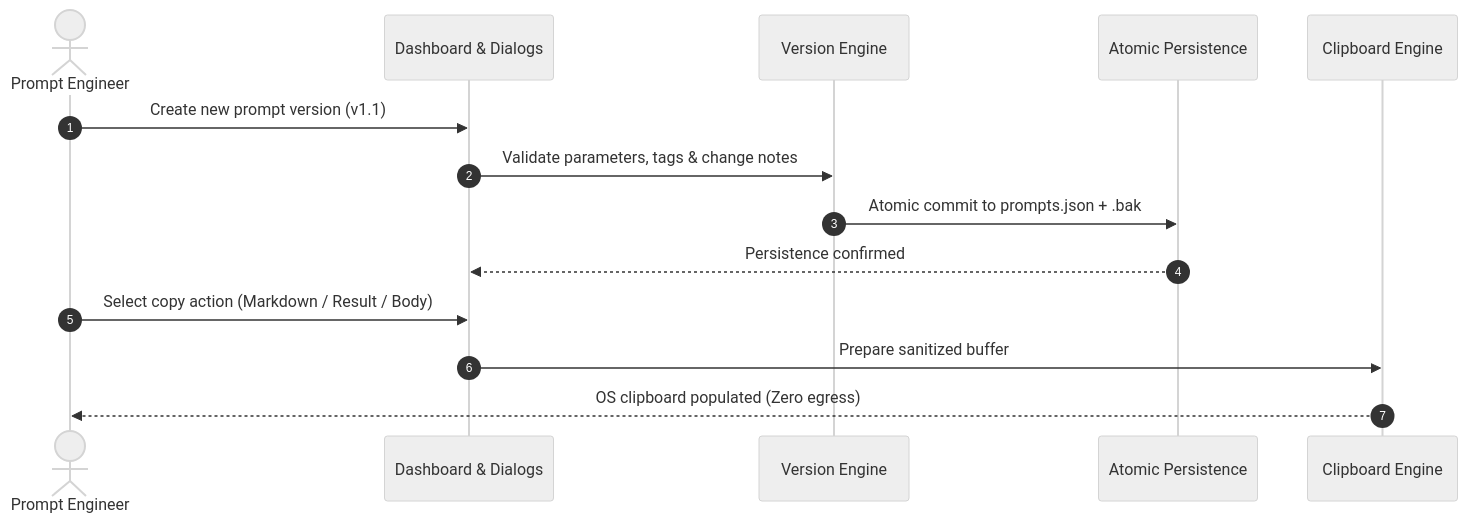
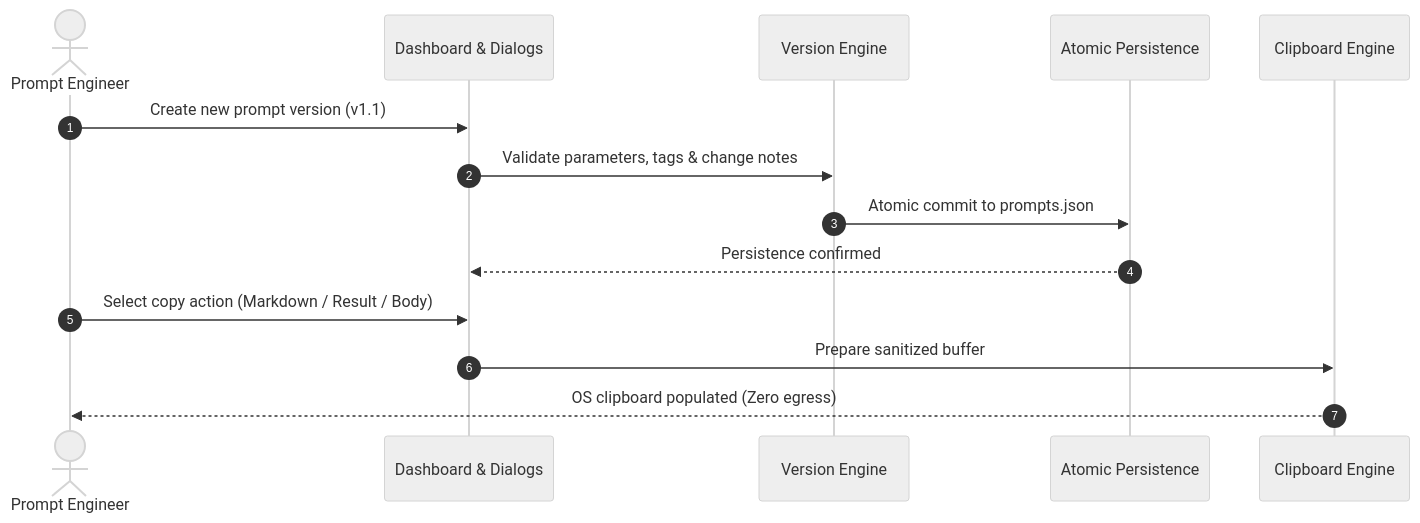
One commit to file-bricks/ProfiPrompt changed the second of 2 diagrams in README.md. Above: the diagram before and after it, drawn with Mermaid (neutral theme). The commit also changed other lines of this file and 78 other files, not shown here.

````diff
--- a/README.md
+++ b/README.md
@@ -216,17 +216,17 @@
 ```mermaid
 sequenceDiagram
     autonumber
     actor Engineer as Prompt Engineer
     participant UI as Dashboard & Dialogs
     participant Engine as Version Engine
     participant Store as Atomic Persistence
     participant Clip as Clipboard Engine
 
     Engineer->>UI: Create new prompt version (v1.1)
     UI->>Engine: Validate parameters, tags & change notes
-    Engine->>Store: Atomic commit to prompts.json + .bak
+    Engine->>Store: Atomic commit to prompts.json
     Store-->>UI: Persistence confirmed
     Engineer->>UI: Select copy action (Markdown / Result / Body)
     UI->>Clip: Prepare sanitized buffer
     Clip-->>Engineer: OS clipboard populated (Zero egress)
 ```
````
